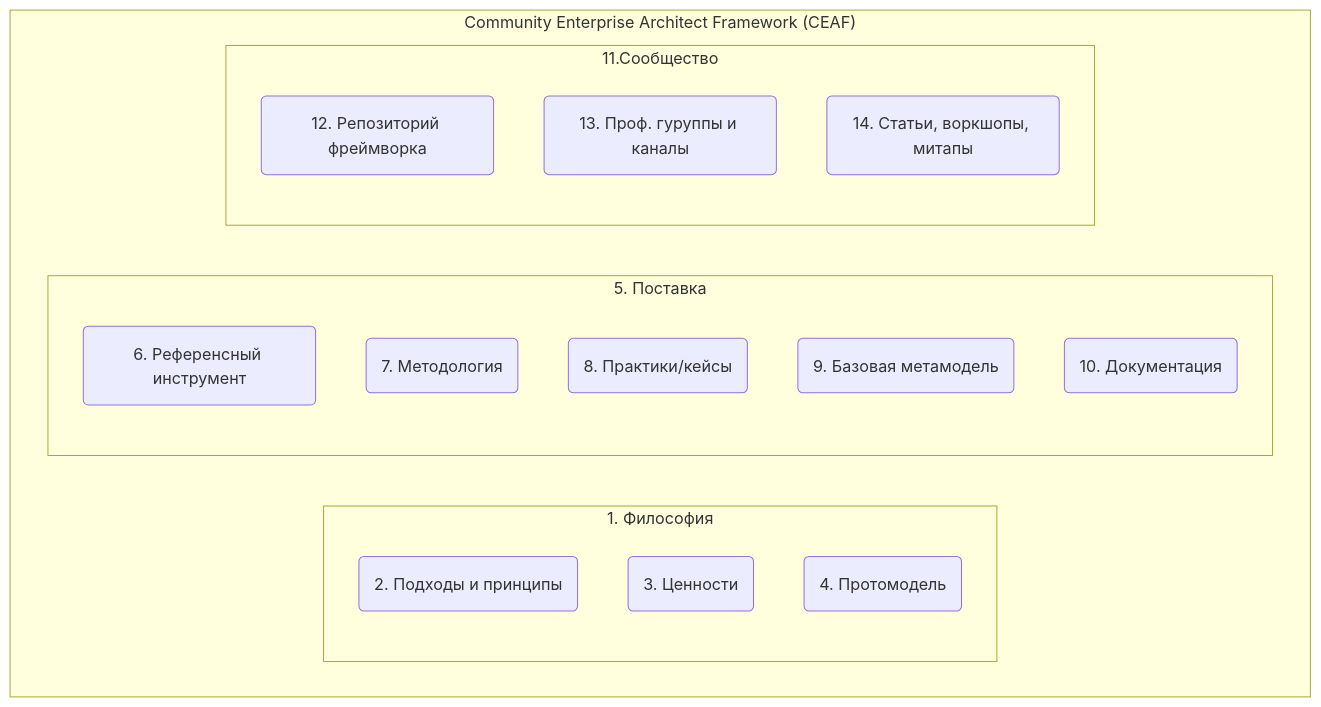
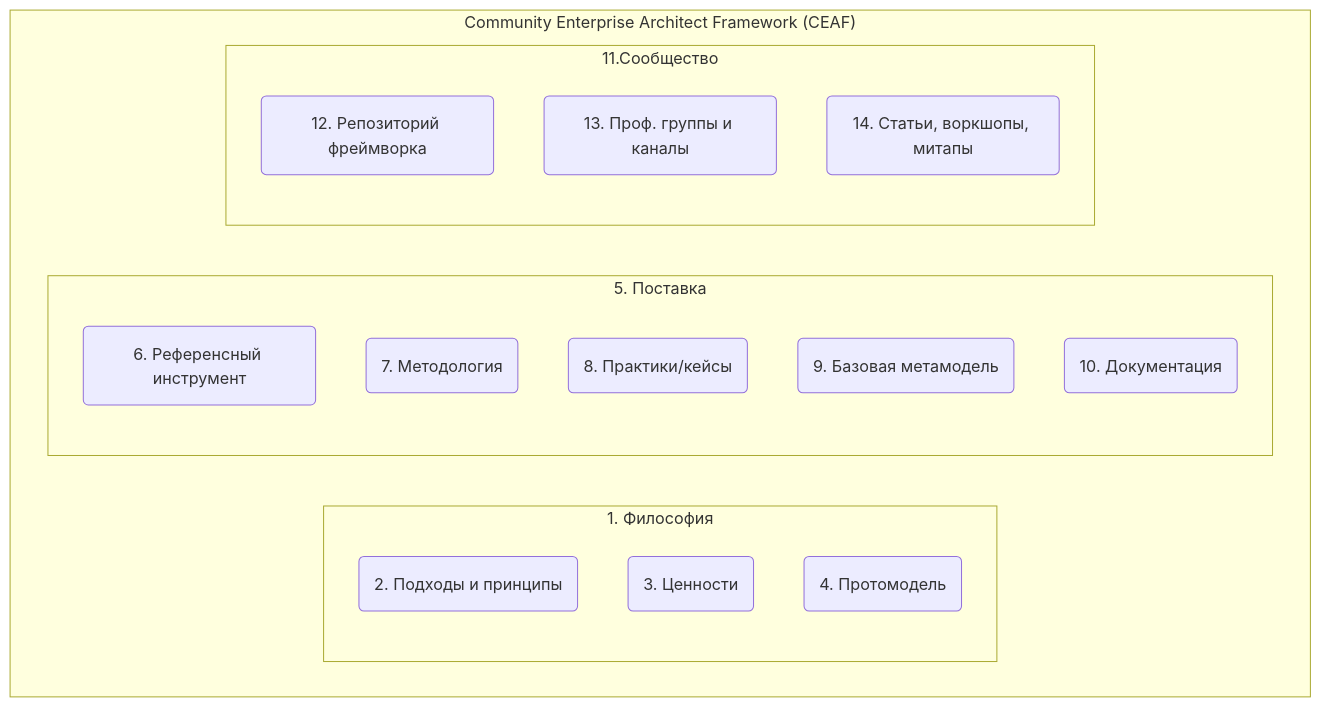
Before and after one commit to DocHub-community/ceaf-core-original: the first of 5 diagrams in README.md, drawn with Mermaid. The commit also changed other lines of this file and 47 other files, not shown here.

````diff
--- a/README.md
+++ b/README.md
@@ -15,22 +15,22 @@
 ```mermaid
 flowchart TB
     subgraph "Community Enterprise Architect Framework (СEAF)"
         subgraph 1. Философия
         id2(2. Подходы и принципы)
         id3(3. Ценности)
         id4(4. Протомодель)
         end
         subgraph 5. Поставка
             id6(6. Референсный инструмент)
             id7(7. Методология)
             id8(8. Практики/кейсы)
             id9(9. Базовая метамодель)
             id10(10. Документация)
         end
         subgraph 11.Сообщество
             id12(12. Репозиторий фреймворка)
-            id13(13. Проф. гуруппы и каналы)
+            id13(13. Проф. группы и каналы)
             id14(14. Статьи, воркшопы, митапы)
         end
     end
 ```
````
